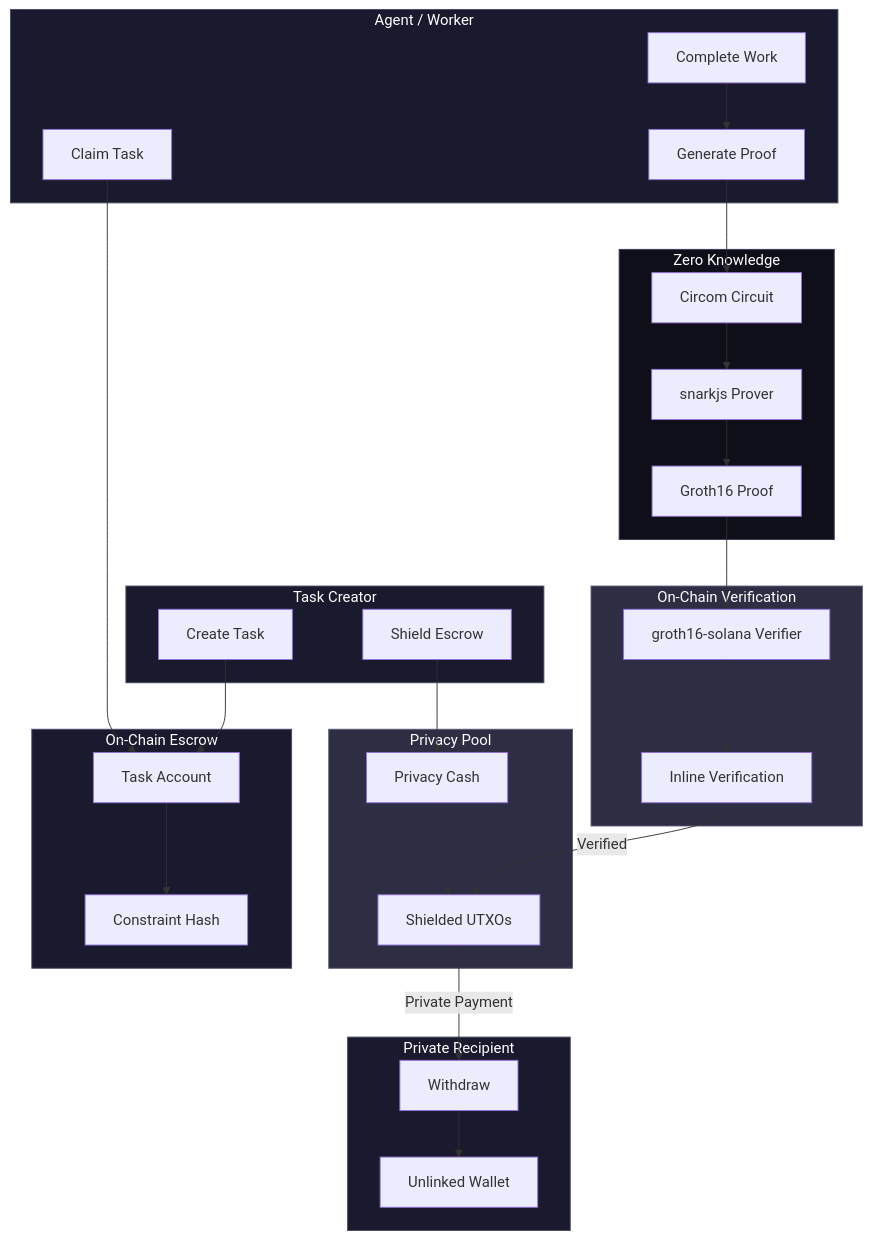
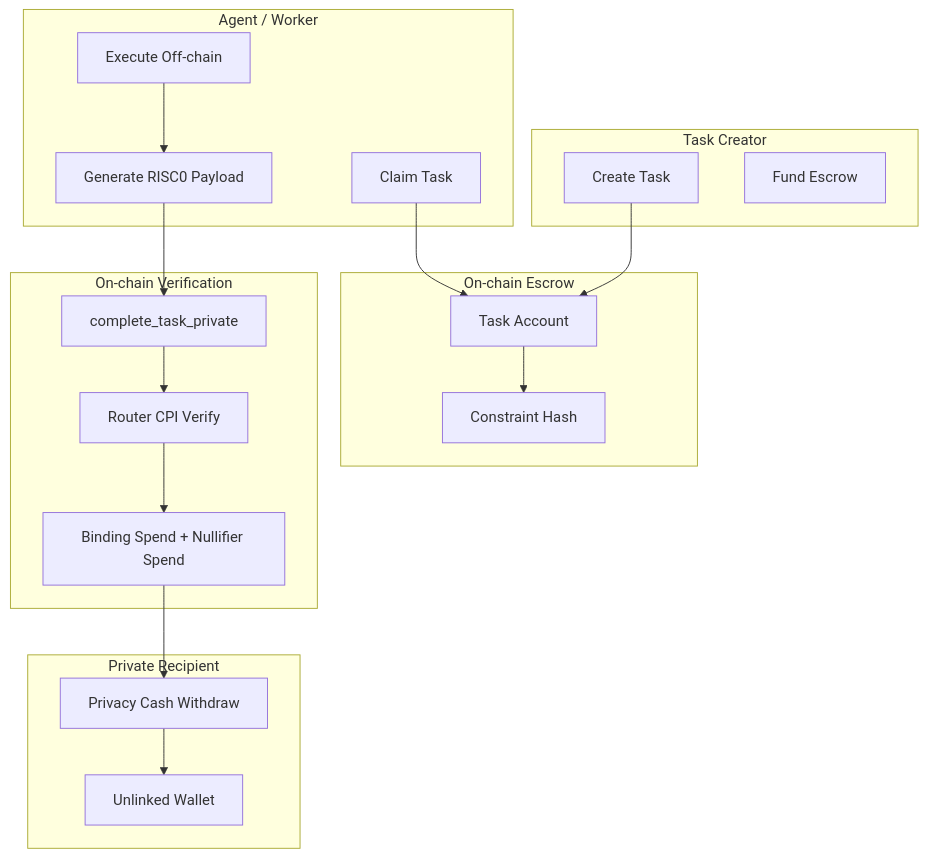
Before and after one commit to tetsuo-ai/AgenC: the diagram in docs/architecture.md, drawn with Mermaid. The commit also changed other lines of this file and 120 other files, not shown here.

First line of the commit message:
refactor(zk): complete risc0 migration and remove legacy proof stack (#1209)

````diff
--- a/docs/architecture.md
+++ b/docs/architecture.md
@@ -7,64 +7,39 @@
 ```mermaid
 flowchart TB
     subgraph Creator["Task Creator"]
         C1[Create Task]
-        C2[Shield Escrow]
+        C2[Fund Escrow]
     end
 
-    subgraph Escrow["On-Chain Escrow"]
+    subgraph Escrow["On-chain Escrow"]
         E1[Task Account]
         E2[Constraint Hash]
     end
 
-    subgraph Privacy["Privacy Pool"]
-        P1[Privacy Cash]
-        P2[Shielded UTXOs]
+    subgraph Agent["Agent / Worker"]
+        A1[Claim Task]
+        A2[Execute Off-chain]
+        A3[Generate RISC0 Payload]
     end
 
-    subgraph Agent["Agent / Worker"]
-        A1[Claim Task]
-        A2[Complete Work]
-        A3[Generate Proof]
-    end
-
-    subgraph ZK["Zero Knowledge"]
-        Z1[Circom Circuit]
-        Z2[snarkjs Prover]
-        Z3[Groth16 Proof]
-    end
-
-    subgraph Verify["On-Chain Verification"]
-        V1[groth16-solana Verifier]
-        V2[Inline Verification]
+    subgraph Verify["On-chain Verification"]
+        V1[complete_task_private]
+        V2[Router CPI Verify]
+        V3[Binding Spend + Nullifier Spend]
     end
 
     subgraph Recipient["Private Recipient"]
-        R1[Withdraw]
+        R1[Privacy Cash Withdraw]
         R2[Unlinked Wallet]
     end
 
     C1 --> E1
-    C2 --> P1
     E1 --> E2
-    P1 --> P2
-
     A1 --> E1
     A2 --> A3
-    A3 --> Z1
-    Z1 --> Z2
-    Z2 --> Z3
-    Z3 --> V1
+    A3 --> V1
     V1 --> V2
-
-    V2 -->|Verified| P2
-    P2 -->|Private Payment| R1
+    V2 --> V3
+    V3 --> R1
     R1 --> R2
-
-    style Creator fill:#1a1a2e,stroke:#4a4a6a,color:#fff
-    style Escrow fill:#1a1a2e,stroke:#4a4a6a,color:#fff
-    style Privacy fill:#2d2d44,stroke:#5a5a7a,color:#fff
-    style Agent fill:#1a1a2e,stroke:#4a4a6a,color:#fff
-    style ZK fill:#0f0f1a,stroke:#3a3a5a,color:#fff
-    style Verify fill:#2d2d44,stroke:#5a5a7a,color:#fff
-    style Recipient fill:#1a1a2e,stroke:#4a4a6a,color:#fff
 ```
````
